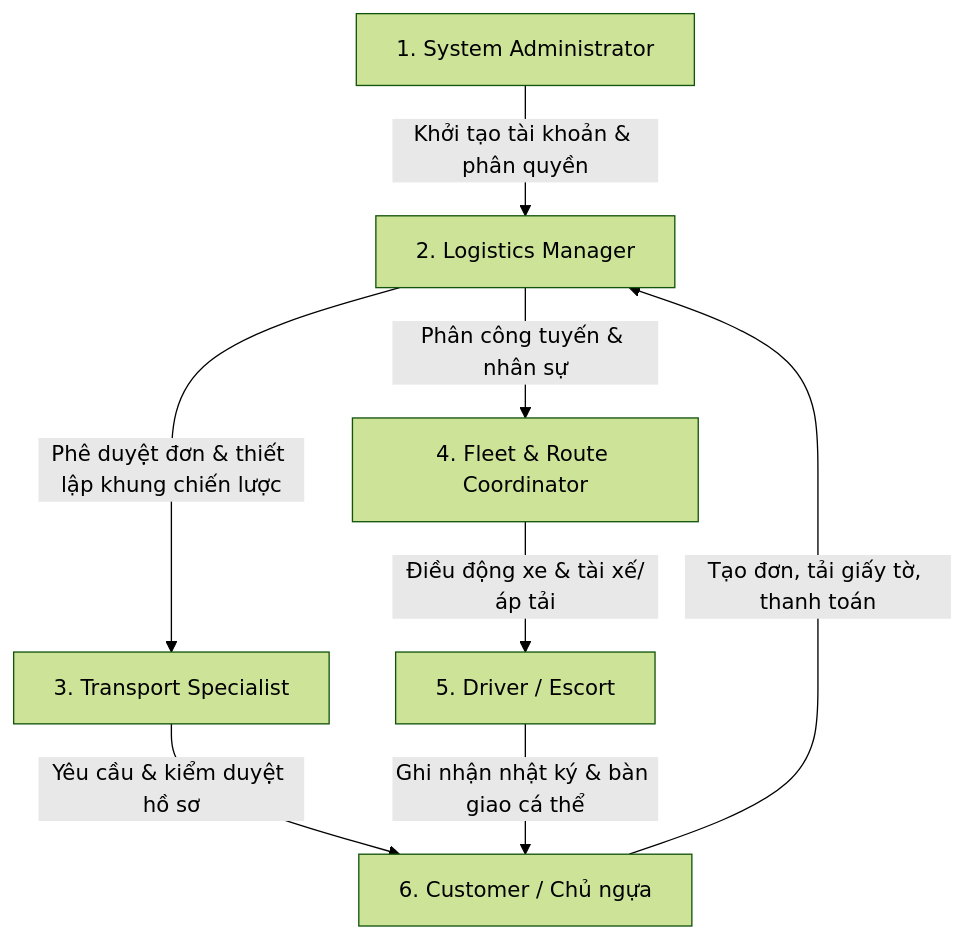
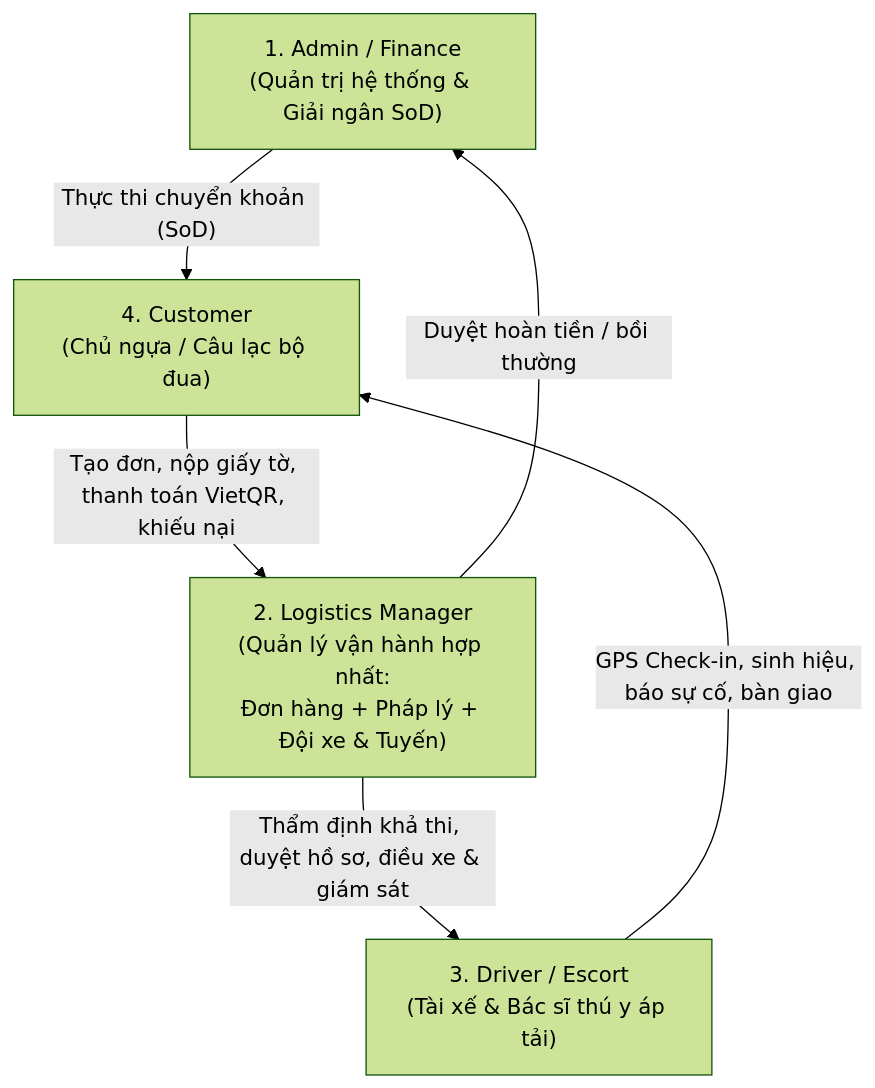
The first of 3 diagrams in filethongtin.md (DuongHoaBinh/SWP391_GROUP1), drawn with Mermaid (forest theme) before and after one commit. The commit also changed other lines of this file and 22 other files, not shown here.

````diff
--- a/filethongtin.md
+++ b/filethongtin.md
@@ -74,10 +92,13 @@
 ```mermaid
 graph TD
-    Admin[1. System Administrator] -->|Khởi tạo tài khoản & phân quyền| LM[2. Logistics Manager]
-    LM -->|Phê duyệt đơn & thiết lập khung chiến lược| TS[3. Transport Specialist]
-    LM -->|Phân công tuyến & nhân sự| FRC[4. Fleet & Route Coordinator]
-    FRC -->|Điều động xe & tài xế/áp tải| DRV[5. Driver / Escort]
-    CUS[6. Customer / Chủ ngựa] -->|Tạo đơn, tải giấy tờ, thanh toán| LM
-    TS -->|Yêu cầu & kiểm duyệt hồ sơ| CUS
-    DRV -->|Ghi nhận nhật ký & bàn giao cá thể| CUS
+    Admin["1. Admin / Finance<br/>(Quản trị hệ thống & Giải ngân SoD)"]
+    LM["2. Logistics Manager<br/>(Quản lý vận hành hợp nhất:<br/>Đơn hàng + Pháp lý + Đội xe & Tuyến)"]
+    DRV["3. Driver / Escort<br/>(Tài xế & Bác sĩ thú y áp tải)"]
+    CUS["4. Customer<br/>(Chủ ngựa / Câu lạc bộ đua)"]
+
+    CUS -->|"Tạo đơn, nộp giấy tờ, thanh toán VietQR, khiếu nại"| LM
+    LM -->|"Thẩm định khả thi, duyệt hồ sơ, điều xe & giám sát"| DRV
+    DRV -->|"GPS Check-in, sinh hiệu, báo sự cố, bàn giao"| CUS
+    LM -->|"Duyệt hoàn tiền / bồi thường"| Admin
+    Admin -->|"Thực thi chuyển khoản (SoD)"| CUS
 ```
````
